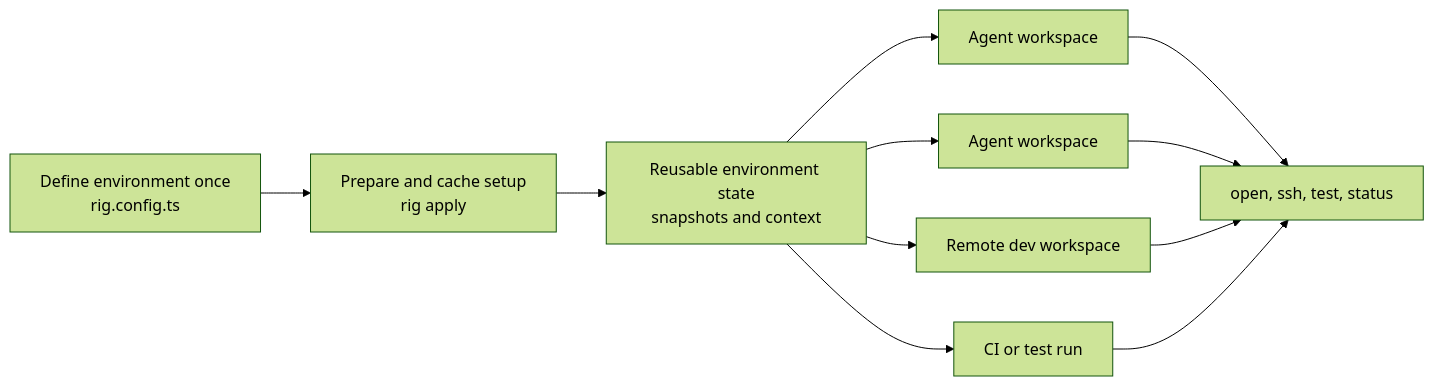
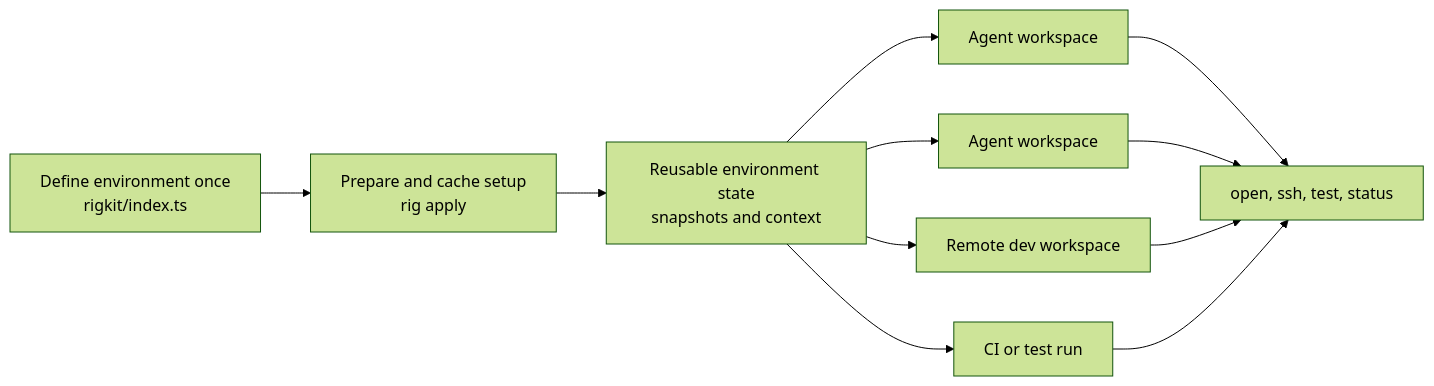
Before and after one commit to Ben2W/stoke: the diagram in apps/docs/canary/introduction.mdx, drawn with Mermaid (forest theme). The commit also changed other lines of this file and 122 other files, not shown here.

````diff
--- a/apps/docs/canary/introduction.mdx
+++ b/apps/docs/canary/introduction.mdx
@@ -17,14 +17,14 @@
 ```mermaid
 flowchart LR
-  Config["Define environment once<br/>rig.config.ts"] --> Apply["Prepare and cache setup<br/>rig apply"]
+  Config["Define environment once<br/>rigkit/index.ts"] --> Apply["Prepare and cache setup<br/>rig apply"]
   Apply --> Snapshot["Reusable environment state<br/>snapshots and context"]
   Snapshot --> AgentA["Agent workspace"]
   Snapshot --> AgentB["Agent workspace"]
   Snapshot --> Dev["Remote dev workspace"]
   Snapshot --> CI["CI or test run"]
 
   AgentA --> Ops["open, ssh, test, status"]
   AgentB --> Ops
   Dev --> Ops
   CI --> Ops
 ```
````
